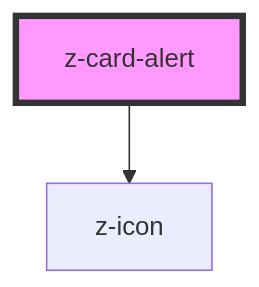
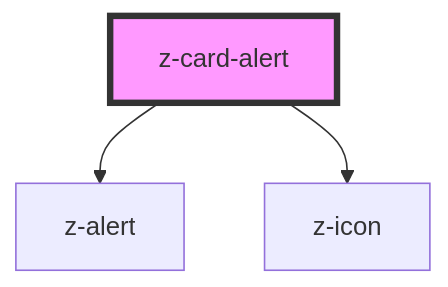
One commit to ZanichelliEditore/design-system changed the diagram in src/components/card/z-card-alert/readme.md. Above: the diagram before and after it, drawn with Mermaid. The commit also changed other lines of this file and 50 other files, not shown here.

````diff
--- a/src/components/card/z-card-alert/readme.md
+++ b/src/components/card/z-card-alert/readme.md
@@ -40,5 +64,6 @@
 ```mermaid
 graph TD;
+  z-card-alert --> z-alert
   z-card-alert --> z-icon
   style z-card-alert fill:#f9f,stroke:#333,stroke-width:4px
 ```
````
